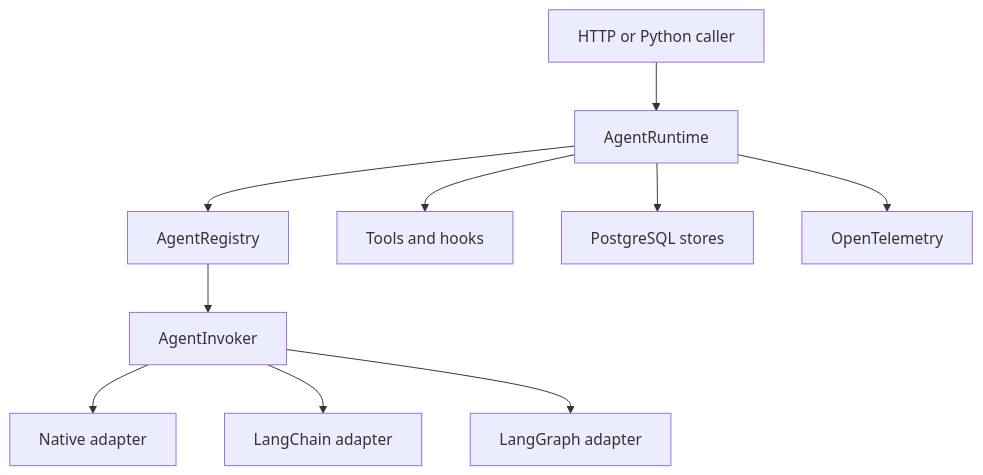
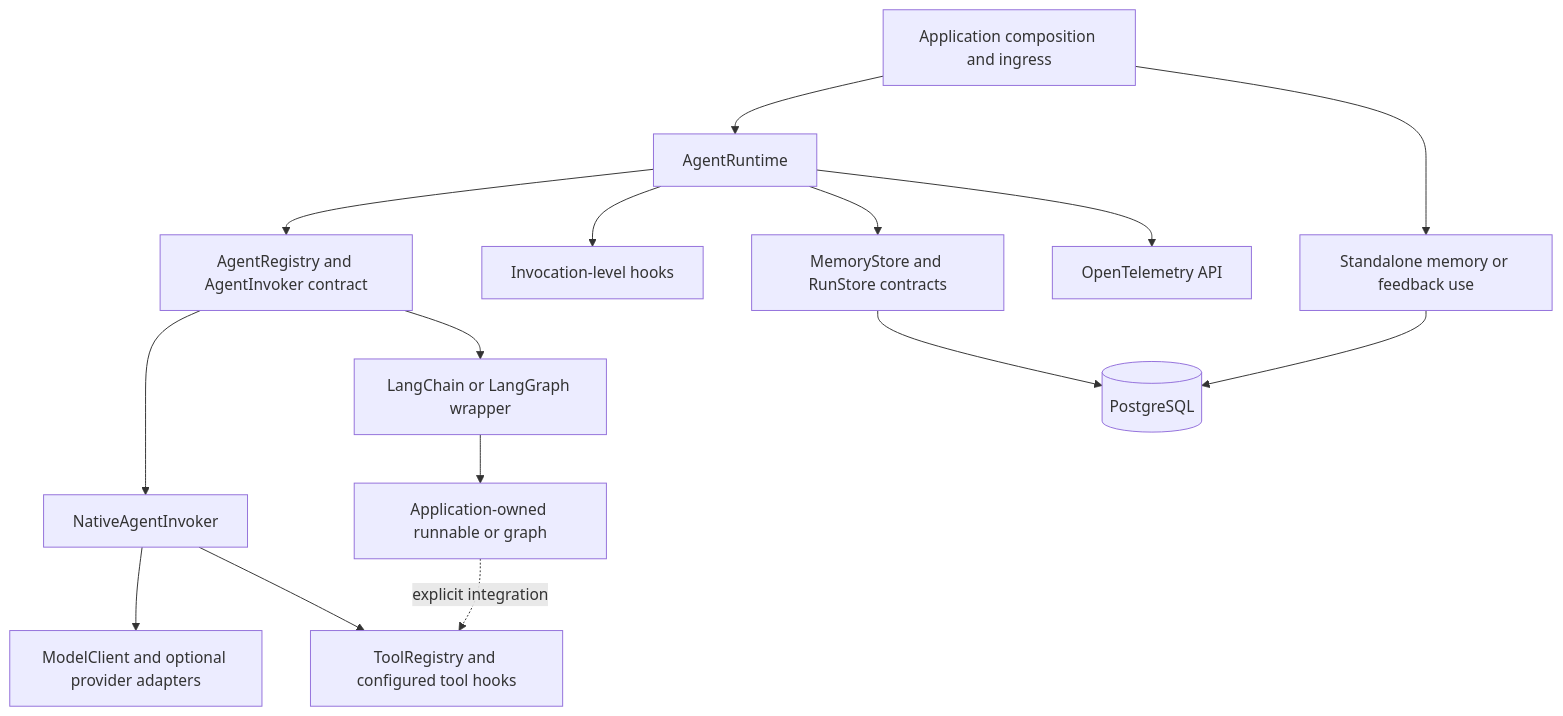
The diagram in docs/architecture.md (Shengtao-Lin/agent-runtime-kit), drawn with Mermaid before and after one commit. The commit also changed other lines of this file and 16 other files, not shown here.

Commit message:
docs: align library architecture and next-stage acceptance criteria (#34)

````diff
--- a/docs/architecture.md
+++ b/docs/architecture.md
@@ -5,12 +21,17 @@
 ```mermaid
 flowchart TD
-    Caller[HTTP or Python caller] --> Runtime[AgentRuntime]
-    Runtime --> Registry[AgentRegistry]
-    Registry --> Invoker[AgentInvoker]
-    Invoker --> Native[Native adapter]
-    Invoker --> LC[LangChain adapter]
-    Invoker --> LG[LangGraph adapter]
-    Runtime --> Tools[Tools and hooks]
-    Runtime --> Postgres[PostgreSQL stores]
-    Runtime --> Telemetry[OpenTelemetry]
+    Host[Application composition and ingress] --> Runtime[AgentRuntime]
+    Host --> Standalone[Standalone memory or feedback use]
+    Runtime --> Registry[AgentRegistry and AgentInvoker contract]
+    Runtime --> Hooks[Invocation-level hooks]
+    Registry --> Native[NativeAgentInvoker]
+    Registry --> Framework[LangChain or LangGraph wrapper]
+    Native --> Model[ModelClient and optional provider adapters]
+    Native --> Tools[ToolRegistry and configured tool hooks]
+    Framework --> Workflow[Application-owned runnable or graph]
+    Workflow -. explicit integration .-> Tools
+    Runtime --> Stores[MemoryStore and RunStore contracts]
+    Stores --> PG[(PostgreSQL)]
+    Standalone --> PG
+    Runtime --> Telemetry[OpenTelemetry API]
 ```
````
